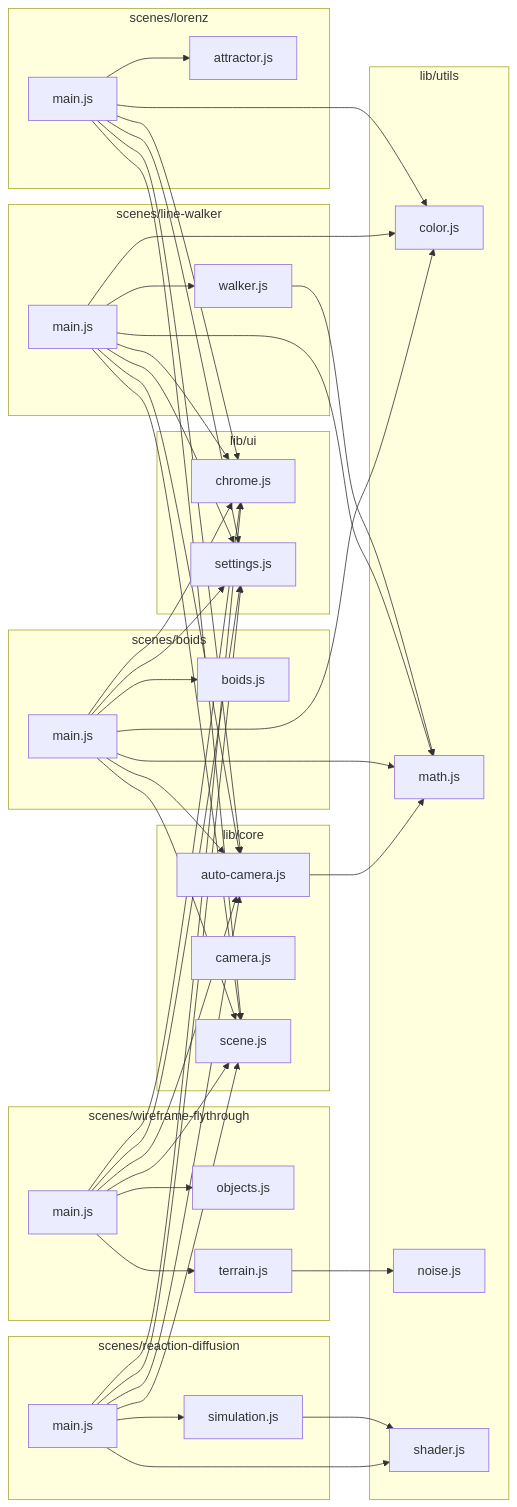
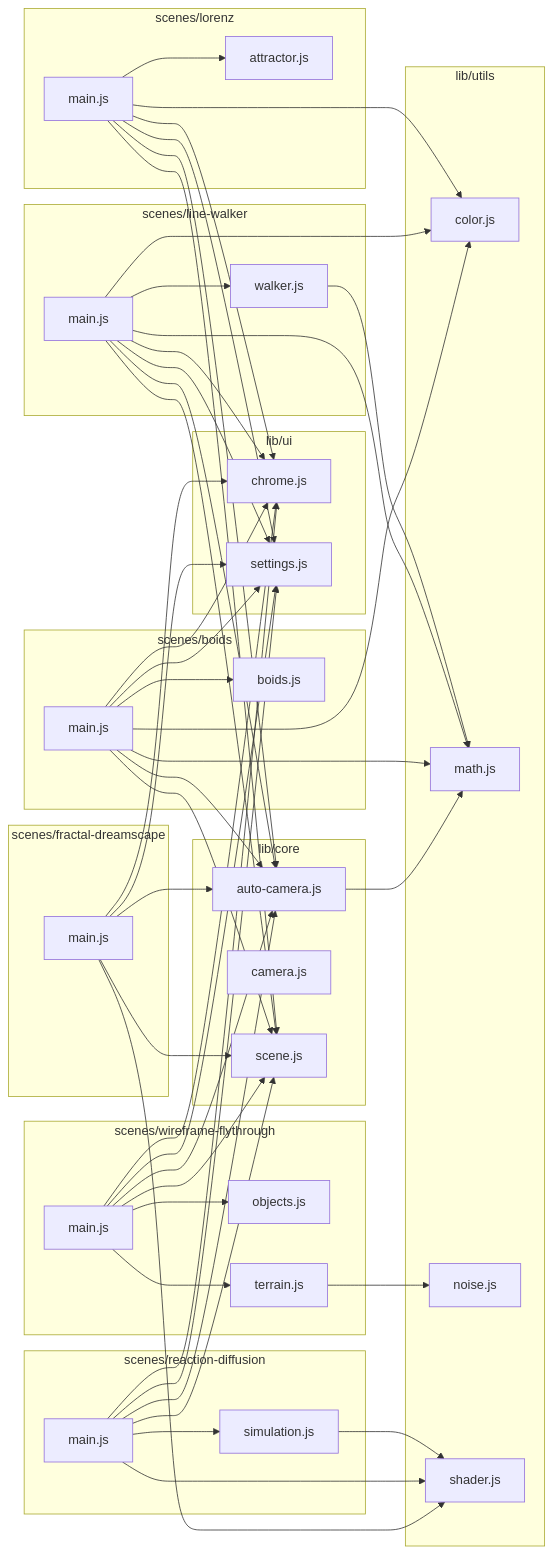
One commit to shitchell/stuff changed the first of 2 diagrams in docs/3d/ARCHITECTURE.md. Above: the diagram before and after it, drawn with Mermaid. The commit also changed other lines of this file and 13 other files, not shown here.

First line of the commit message:
Add Fractal Dreamscape scene and Playwright test infrastructure

```diff
--- a/docs/3d/ARCHITECTURE.md
+++ b/docs/3d/ARCHITECTURE.md
@@ -106,6 +112,9 @@
     subgraph scenes/boids
         scenes_boids_boids_js["boids.js"]
         scenes_boids_main_js["main.js"]
+    end
+    subgraph scenes/fractal-dreamscape
+        scenes_fractal_dreamscape_main_js["main.js"]
     end
     subgraph scenes/line-walker
         scenes_line_walker_main_js["main.js"]
@@ -132,6 +141,11 @@
     scenes_boids_main_js --> lib_utils_color_js
     scenes_boids_main_js --> lib_utils_math_js
     scenes_boids_main_js --> scenes_boids_boids_js
+    scenes_fractal_dreamscape_main_js --> lib_core_auto_camera_js
+    scenes_fractal_dreamscape_main_js --> lib_core_scene_js
+    scenes_fractal_dreamscape_main_js --> lib_ui_chrome_js
+    scenes_fractal_dreamscape_main_js --> lib_ui_settings_js
+    scenes_fractal_dreamscape_main_js --> lib_utils_shader_js
     scenes_line_walker_main_js --> lib_core_auto_camera_js
     scenes_line_walker_main_js --> lib_core_scene_js
     scenes_line_walker_main_js --> lib_ui_chrome_js
```
